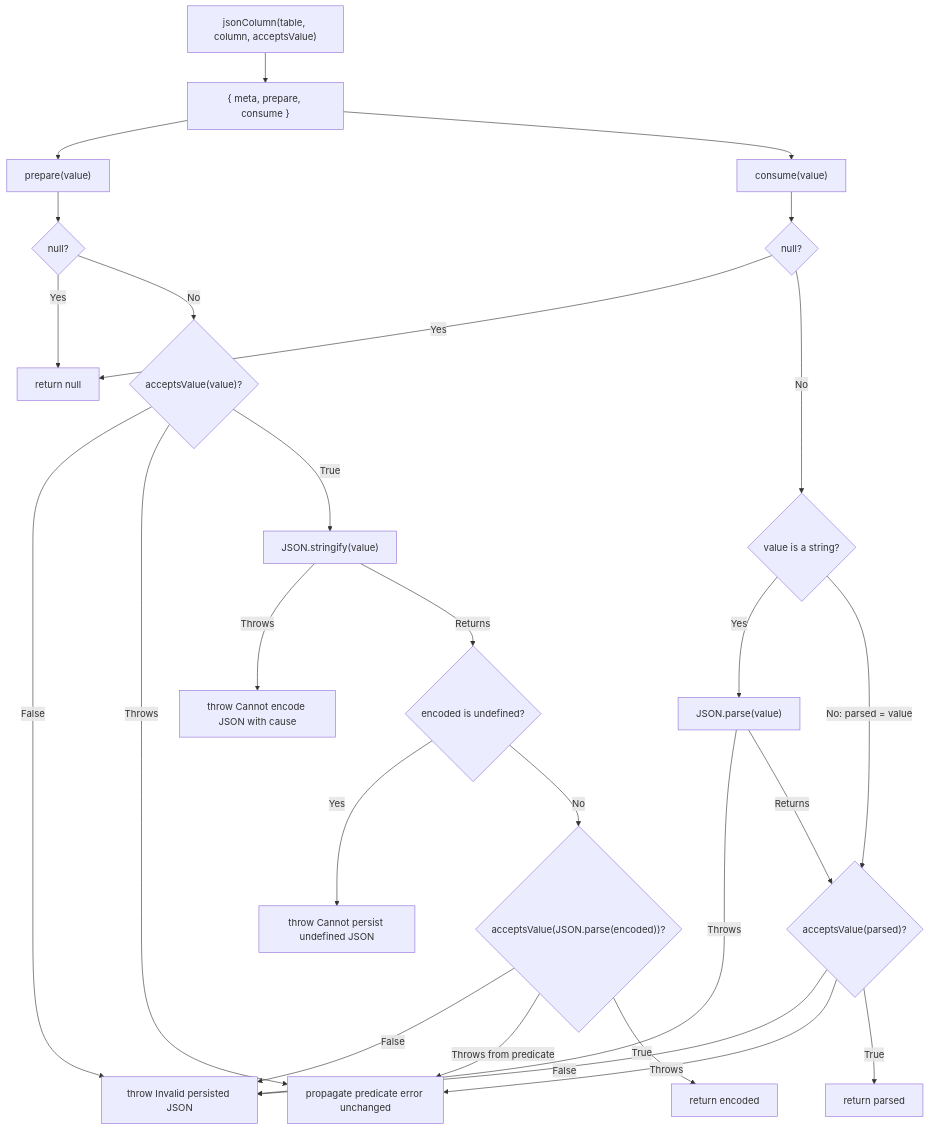
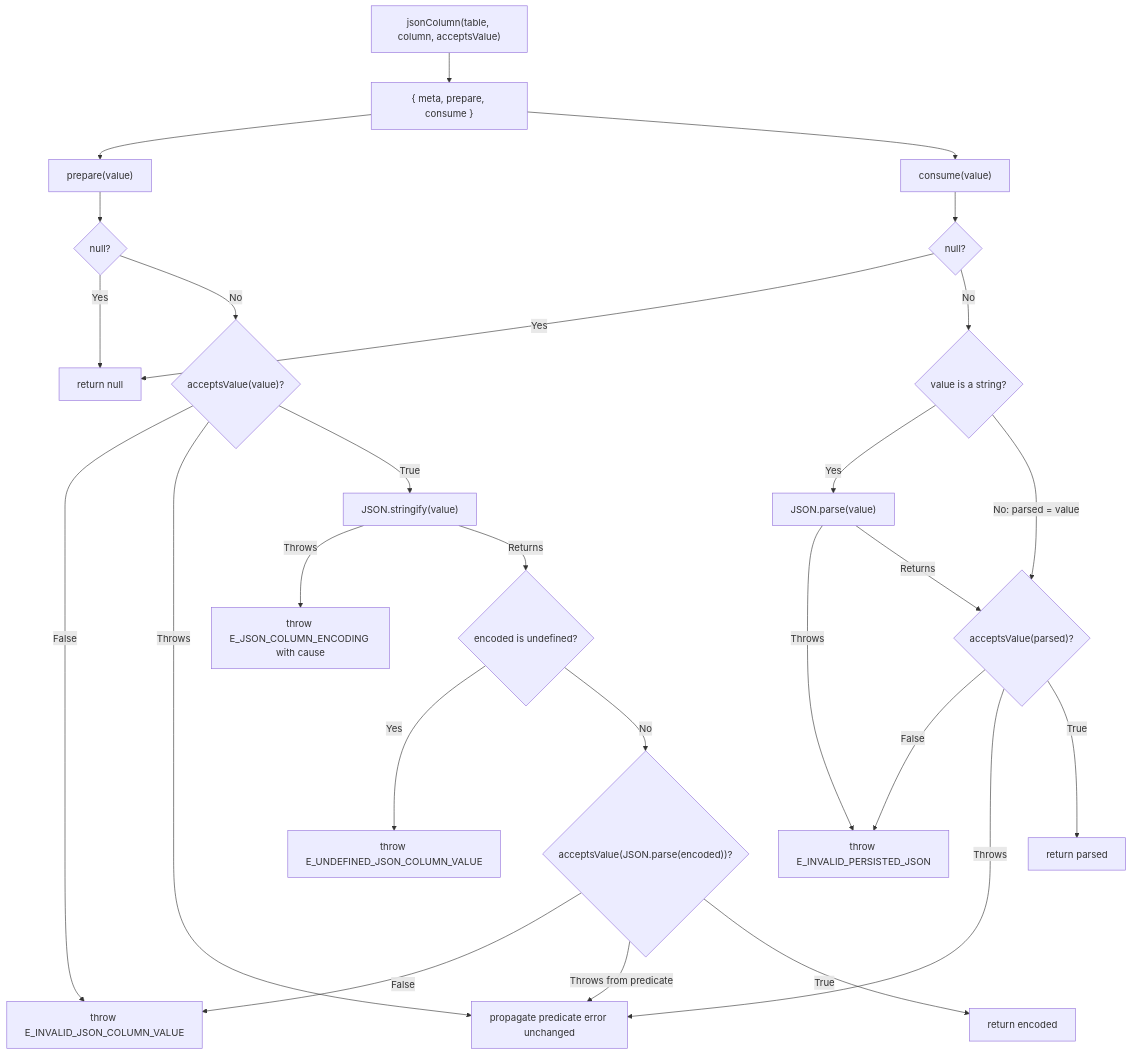
One commit to Kevinjohn/oss-adonisjs-lucid-checked-columns changed the second of 2 diagrams in user-stories/US-COLUMN-01-store-checked-json.md. Above: the diagram before and after it, drawn with Mermaid. The commit also changed other lines of this file and 14 other files, not shown here.

````diff
--- a/user-stories/US-COLUMN-01-store-checked-json.md
+++ b/user-stories/US-COLUMN-01-store-checked-json.md
@@ -48,29 +48,29 @@
 ```mermaid
 flowchart TD
     A["jsonColumn(table, column, acceptsValue)"] --> B["{ meta, prepare, consume }"]
     B --> P["prepare(value)"]
     P --> P1{"null?"}
     P1 -->|Yes| P2["return null"]
     P1 -->|No| P3{"acceptsValue(value)?"}
-    P3 -->|False| I["throw Invalid persisted JSON"]
+    P3 -->|False| I["throw E_INVALID_JSON_COLUMN_VALUE"]
     P3 -->|Throws| X["propagate predicate error unchanged"]
     P3 -->|True| F["JSON.stringify(value)"]
-    F -->|Throws| E["throw Cannot encode JSON with cause"]
+    F -->|Throws| E["throw E_JSON_COLUMN_ENCODING with cause"]
     F -->|Returns| U{"encoded is undefined?"}
-    U -->|Yes| N["throw Cannot persist undefined JSON"]
+    U -->|Yes| N["throw E_UNDEFINED_JSON_COLUMN_VALUE"]
     U -->|No| R{"acceptsValue(JSON.parse(encoded))?"}
     R -->|False| I
     R -->|Throws from predicate| X
     R -->|True| P5["return encoded"]
     B --> C["consume(value)"]
     C --> C1{"null?"}
     C1 -->|Yes| P2
     C1 -->|No| C2{"value is a string?"}
     C2 -->|Yes| J["JSON.parse(value)"]
-    J -->|Throws| I
+    J -->|Throws| V["throw E_INVALID_PERSISTED_JSON"]
     J -->|Returns| C3{"acceptsValue(parsed)?"}
     C2 -->|No: parsed = value| C3
-    C3 -->|False| I
+    C3 -->|False| V
     C3 -->|Throws| X
     C3 -->|True| C5["return parsed"]
 ```
````
